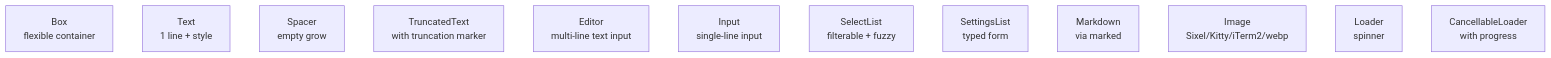
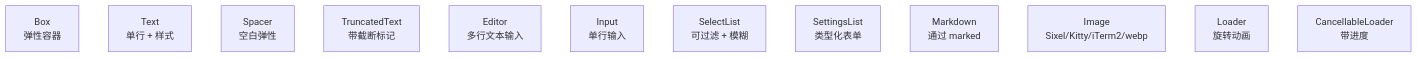
The first of 2 diagrams in docs-site/docs/13-pi-tui.md (YeLuo45/oh-my-pi-design), drawn with Mermaid before and after one commit. The commit also changed other lines of this file and 37 other files, not shown here.

````diff
--- a/docs-site/docs/13-pi-tui.md
+++ b/docs-site/docs/13-pi-tui.md
@@ -31,15 +31,15 @@
 ```mermaid
 graph TB
-  Box[Box<br/>flexible container]
-  Text[Text<br/>1 line + style]
-  Spacer[Spacer<br/>empty grow]
-  TruncatedText[TruncatedText<br/>with truncation marker]
-  Editor[Editor<br/>multi-line text input]
-  Input[Input<br/>single-line input]
-  SelectList[SelectList<br/>filterable + fuzzy]
-  SettingsList[SettingsList<br/>typed form]
-  Markdown[Markdown<br/>via marked]
+  Box[Box<br/>弹性容器]
+  Text[Text<br/>单行 + 样式]
+  Spacer[Spacer<br/>空白弹性]
+  TruncatedText[TruncatedText<br/>带截断标记]
+  Editor[Editor<br/>多行文本输入]
+  Input[Input<br/>单行输入]
+  SelectList[SelectList<br/>可过滤 + 模糊]
+  SettingsList[SettingsList<br/>类型化表单]
+  Markdown[Markdown<br/>通过 marked]
   Image[Image<br/>Sixel/Kitty/iTerm2/webp]
-  Loader[Loader<br/>spinner]
-  CancellableLoader[CancellableLoader<br/>with progress]
+  Loader[Loader<br/>旋转动画]
+  CancellableLoader[CancellableLoader<br/>带进度]
 ```
````
